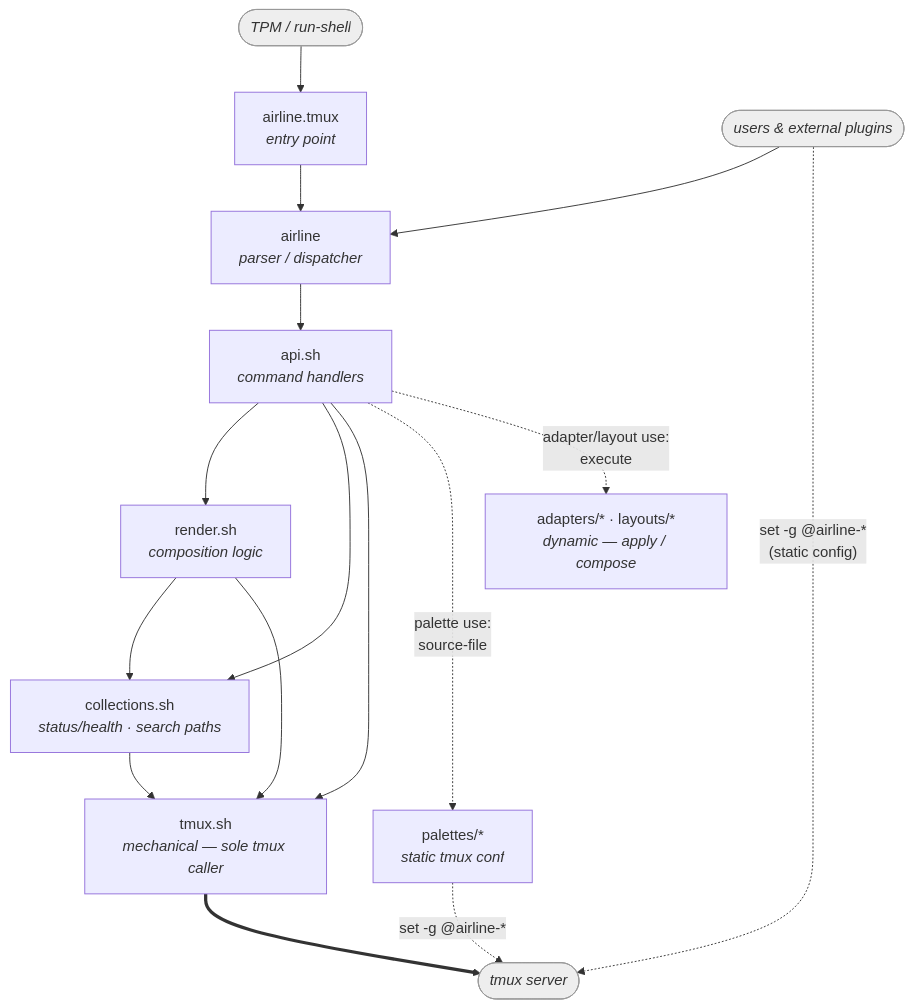
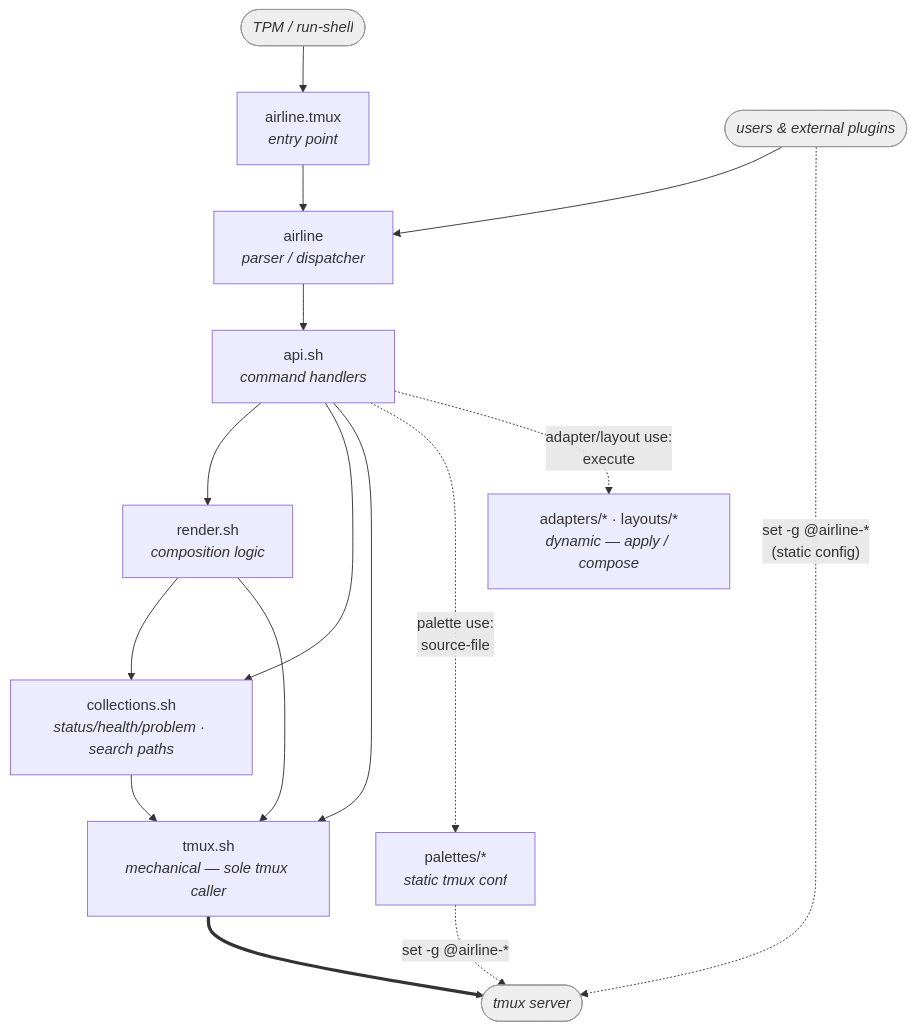
The first of 3 diagrams in DESIGN.md (andrewjstryker/tmux-airline), drawn with Mermaid before and after one commit. The commit also changed other lines of this file, not shown here.

Commit message:
Desscribe problem API

````diff
--- a/DESIGN.md
+++ b/DESIGN.md
@@ -97,20 +97,20 @@
 ```mermaid
 graph TD
     TPM([TPM / run-shell]):::ext --> ENTRY["airline.tmux<br/><i>entry point</i>"]
     EXT([users &amp; external plugins]):::ext --> CLI["airline<br/><i>parser / dispatcher</i>"]
     ENTRY --> CLI
     CLI --> API["api.sh<br/><i>command handlers</i>"]
     API --> LOGIC["render.sh<br/><i>composition logic</i>"]
-    API --> COLL["collections.sh<br/><i>status/health · search paths</i>"]
+    API --> COLL["collections.sh<br/><i>status/health/problem · search paths</i>"]
     LOGIC --> COLL
     LOGIC --> MECH["tmux.sh<br/><i>mechanical — sole tmux caller</i>"]
     API --> MECH
     COLL --> MECH
     EXT -. "set -g @airline-*<br/>(static config)" .-> TMUX
     API -. "palette use:<br/>source-file" .-> STATIC["palettes/*<br/><i>static tmux conf</i>"]
     API -. "adapter/layout use:<br/>execute" .-> DYN["adapters/* · layouts/*<br/><i>dynamic — apply / compose</i>"]
     STATIC -. "set -g @airline-*" .-> TMUX
     MECH ==> TMUX([tmux server]):::ext
 
     classDef ext fill:#eee,stroke:#999,color:#333,font-style:italic;
 ```
````
